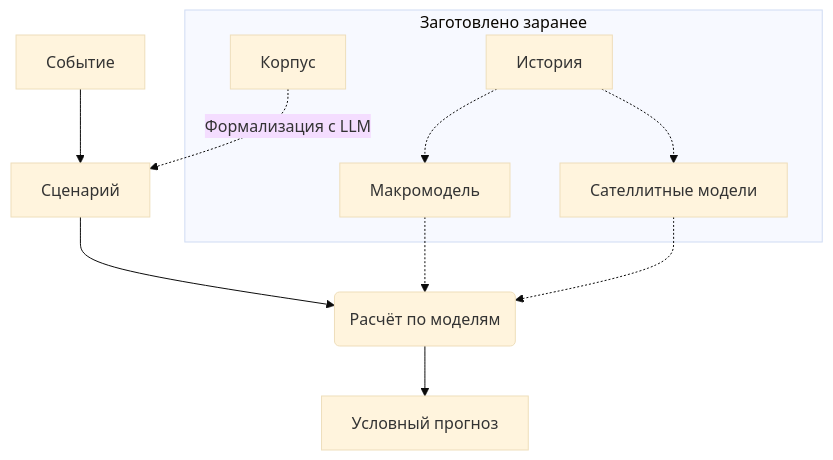
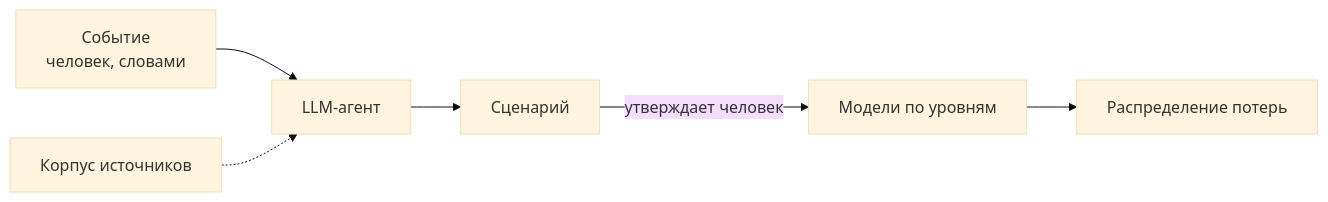
One commit to LeoLourson/MacroStress-DSH changed the first of 2 diagrams in README.ru.md. Above: the diagram before and after it, drawn with Mermaid (base theme). The commit also changed other lines of this file and 1 other file, not shown here.

First line of the commit message:
README: событие и сценарий, уровни экономики, плагины

````diff
--- a/README.ru.md
+++ b/README.ru.md
@@ -26,14 +17,8 @@
 ```mermaid
-flowchart TB
-    E["Событие"] --> S["Сценарий"]
-    S --> C("Расчёт по моделям")
-    C --> R["Условный прогноз"]
-    subgraph prepared["Заготовлено заранее"]
-        K["Корпус"]
-        H["История"] -.-> M["Макромодель"]
-        H -.-> N["Сателлитные модели"]
-    end
-    K -.->|Формализация с LLM| S
-    M -.-> C
-    N -.-> C
+flowchart LR
+    E["Событие<br/>человек, словами"] --> A["LLM-агент"]
+    K["Корпус источников"] -.-> A
+    A --> S["Сценарий"]
+    S -->|утверждает человек| M["Модели по уровням"]
+    M --> R["Распределение потерь"]
 ```
````
